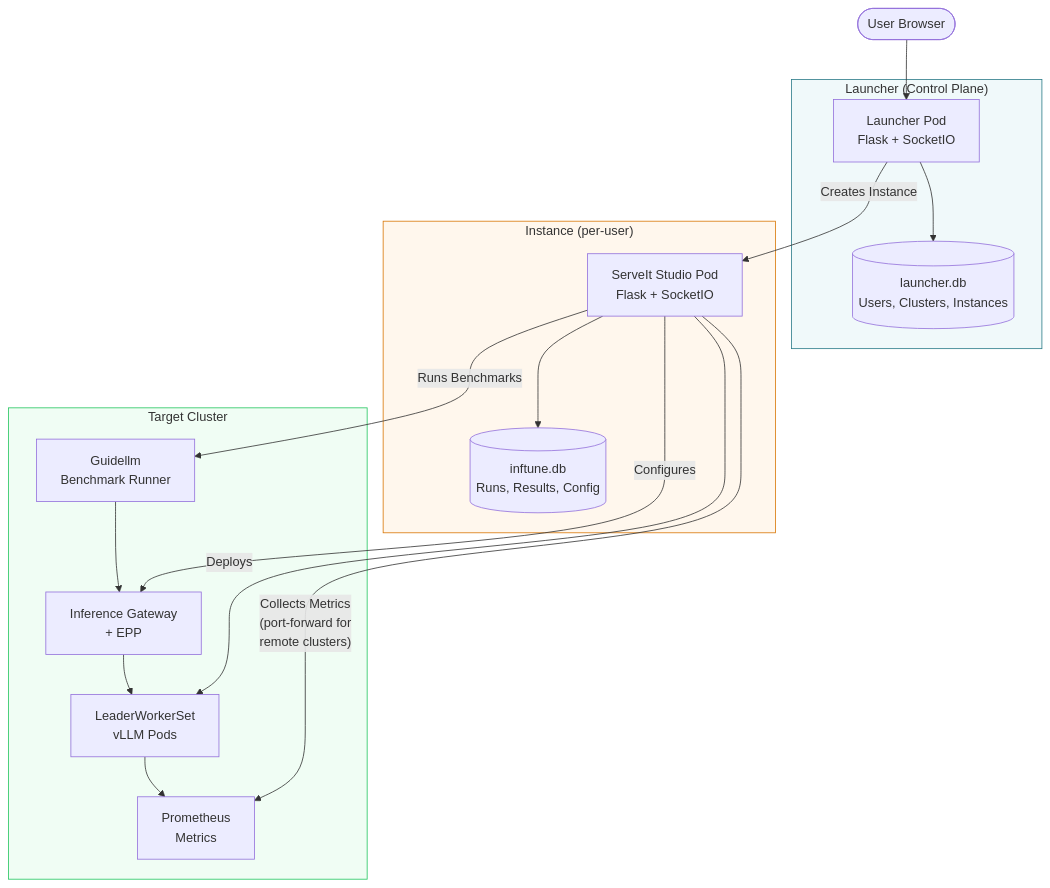
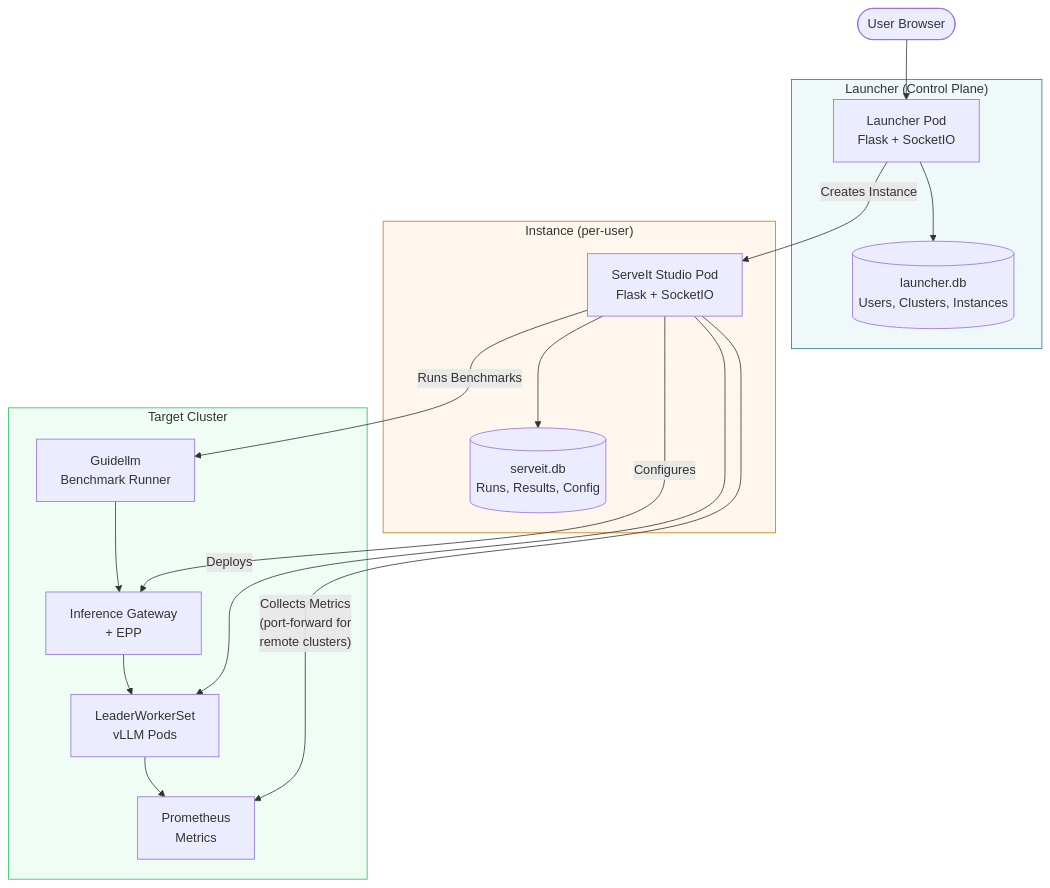
Before and after one commit to openshift-psap/serveit-studio: the first of 13 diagrams in docs/diagrams.md, drawn with Mermaid. The commit also changed other lines of this file and 5 other files, not shown here.

````diff
--- a/docs/diagrams.md
+++ b/docs/diagrams.md
@@ -9,35 +9,35 @@
 ```mermaid
 graph TB
     subgraph Launcher["Launcher (Control Plane)"]
         LP[Launcher Pod<br>Flask + SocketIO]
         LDB[(launcher.db<br>Users, Clusters, Instances)]
         LP --> LDB
     end
 
     subgraph Instance["Instance (per-user)"]
         IP[ServeIt Studio Pod<br>Flask + SocketIO]
-        IDB[(inftune.db<br>Runs, Results, Config)]
+        IDB[(serveit.db<br>Runs, Results, Config)]
         IP --> IDB
     end
 
     subgraph K8s["Target Cluster"]
         LWS[LeaderWorkerSet<br>vLLM Pods]
         GW[Inference Gateway<br>+ EPP]
         GL[Guidellm<br>Benchmark Runner]
         PM[Prometheus<br>Metrics]
         LWS --> PM
         GW --> LWS
         GL --> GW
     end
 
     User([User Browser]) --> LP
     LP -->|Creates Instance| IP
     IP -->|Deploys| LWS
     IP -->|Configures| GW
     IP -->|Runs Benchmarks| GL
     IP -->|"Collects Metrics<br>(port-forward for<br>remote clusters)"| PM
 
     style Launcher fill:#f0f9fa,stroke:#2A7B88
     style Instance fill:#fff7ed,stroke:#d97706
     style K8s fill:#f0fdf4,stroke:#22c55e
 ```
````
